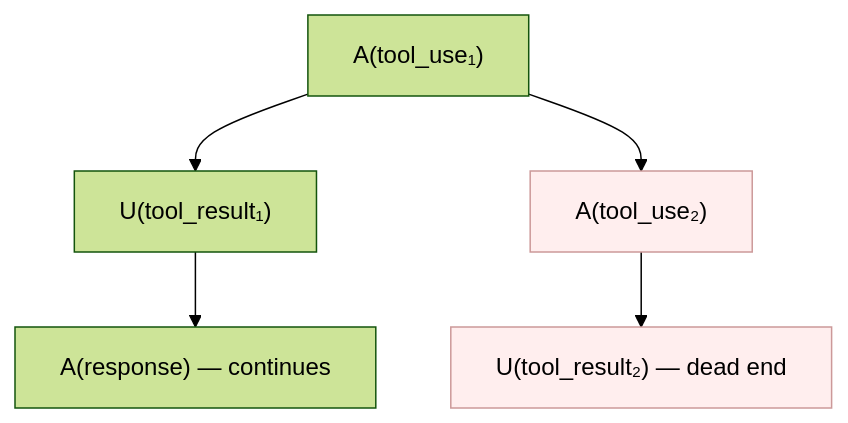
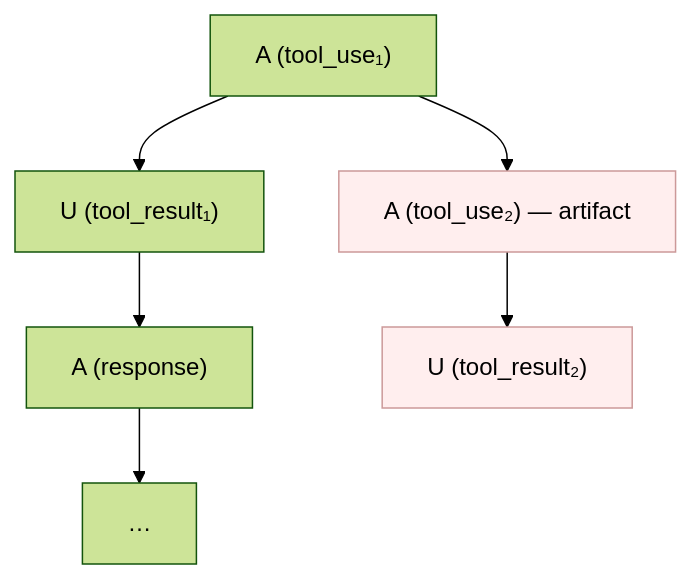
One commit to handgemacht-ai/claude-code-log changed the eighth of 18 diagrams in dev-docs/dag.md. Above: the diagram before and after it, drawn with Mermaid (forest theme). The commit also changed other lines of this file and 4 other files, not shown here.

First line of the commit message:
Linearize assistant-continuation tool-flow forks instead of branching (#214)

````diff
--- a/dev-docs/dag.md
+++ b/dev-docs/dag.md
@@ -361,9 +374,8 @@
 ```mermaid
 graph TD
-    A1["A(tool_use₁)"] --> U1["U(tool_result₁)"]
-    U1 --> Amain["A(response) — continues"]
-    A1 --> A2["A(tool_use₂)"]
-    A2 --> U2["U(tool_result₂) — dead end"]
+    A1["A (tool_use₁)"] --> U1["U (tool_result₁)"] --> Am["A (response)"] --> rest["…"]
+    A1 --> A2["A (tool_use₂) — artifact"]
+    A2 --> U2["U (tool_result₂)"]
     classDef dead fill:#fee,stroke:#c99
     class A2,U2 dead
 ```
````
